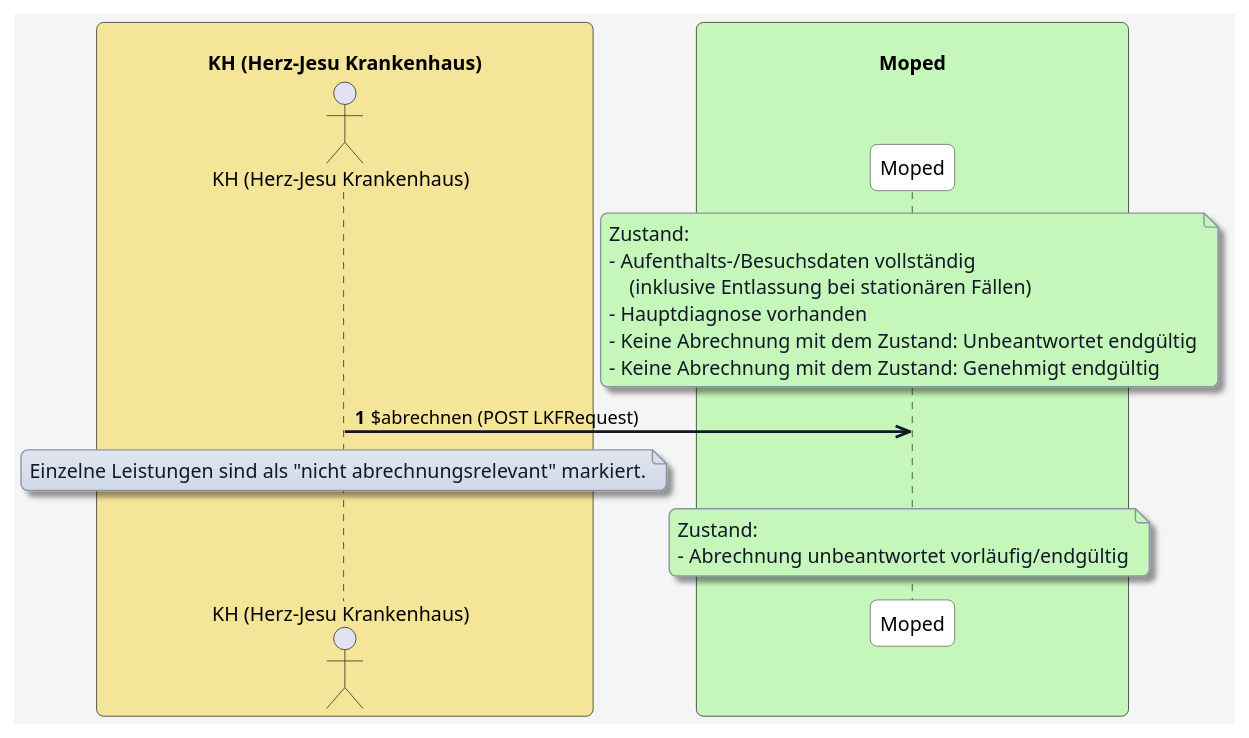
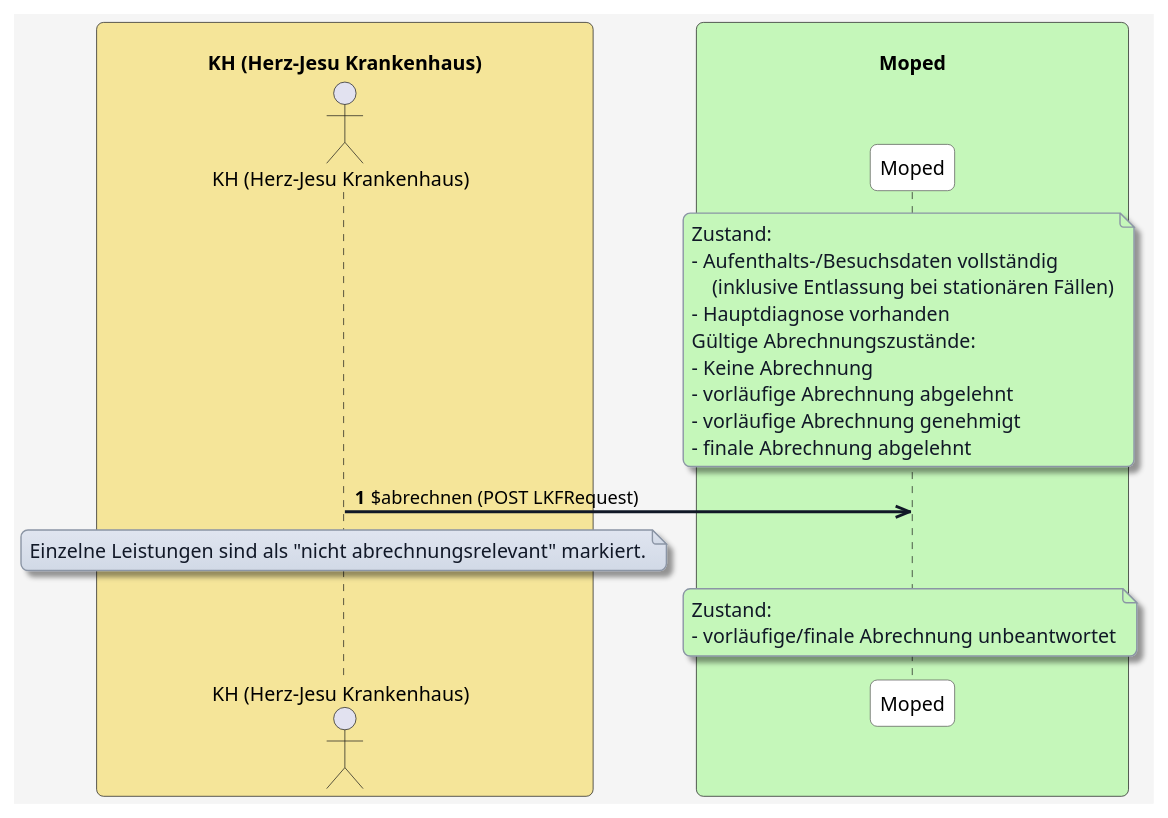
One commit to HL7Austria/ELGA-MOPED-R5 changed the diagram in plantuml/moped-fall-abrechnen/abrechnen-leitsung-ohne-abrechnungsrelevanz.plantuml. Above: the diagram before and after it, drawn with PlantUML. The commit also changed 14 other files, not shown here.

```diff
--- a/plantuml/moped-fall-abrechnen/abrechnen-leitsung-ohne-abrechnungsrelevanz.plantuml
+++ b/plantuml/moped-fall-abrechnen/abrechnen-leitsung-ohne-abrechnungsrelevanz.plantuml
@@ -1,72 +1,75 @@
 @startuml
 skinparam borderColor #000000
 skinparam backgroundColor #f5f5f5
 skinparam shadowing false
 skinparam roundCorner 10
 skinparam defaultFontName "Arial"
 skinparam defaultFontSize 14
 skinparam defaultFontColor #000000
 
 skinparam note {
   BackgroundColor #e0e5f0-#d1d9e6
   BorderColor #8b95a5
   BorderThickness 1
   RoundCorner 8
   Padding 6
   FontColor #111827
   Shadowing true
 }
 
 skinparam HyperlinkColor #0000EE
 skinparam HyperlinkUnderline false
 
 skinparam sequence {
   ParticipantBorderColor #555555
   ParticipantBackgroundColor #ffffff
   ParticipantFontColor #000000
   ParticipantFontSize 14
   ParticipantPadding 20
   ArrowColor #111827
   ArrowThickness 2
   ArrowFontColor #000000
   ArrowFontSize 13
   GroupBorderColor #111827
   GroupBackgroundColor #f3f4f6
   GroupBorderThickness 1
 }
 
 skinparam BoxPadding 20
 skinparam BoxBorderColor #555555
 
 box "\n                     KH (Herz-Jesu Krankenhaus)                     " #f5e599
   actor KH as "KH (Herz-Jesu Krankenhaus)"
 end box
 
 box "\n                                   Moped                                   " #c5f7ba
   participant MP as "Moped"
 end box
 
 
 autonumber
 
 note over MP #c5f7ba
 Zustand:
 - Aufenthalts-/Besuchsdaten vollständig
     (inklusive Entlassung bei stationären Fällen)
 - Hauptdiagnose vorhanden
-- Keine Abrechnung mit dem Zustand: Unbeantwortet endgültig
-- Keine Abrechnung mit dem Zustand: Genehmigt endgültig
+Gültige Abrechnungszustände:
+- Keine Abrechnung
+- vorläufige Abrechnung abgelehnt
+- vorläufige Abrechnung genehmigt
+- finale Abrechnung abgelehnt
 end note
 
 KH ->> MP: $abrechnen (POST LKFRequest)
 
 note over KH
 Einzelne Leistungen sind als "nicht abrechnungsrelevant" markiert.
 end note
 
 note over MP #c5f7ba
 Zustand:
-- Abrechnung unbeantwortet vorläufig/endgültig
+- vorläufige/finale Abrechnung unbeantwortet
 end note
 
 @enduml
```
